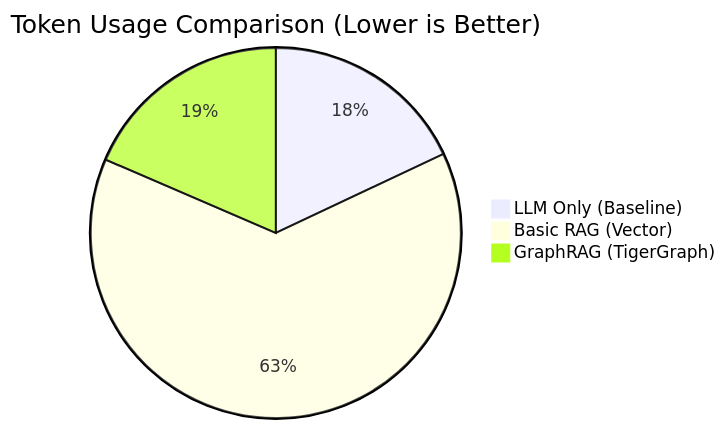
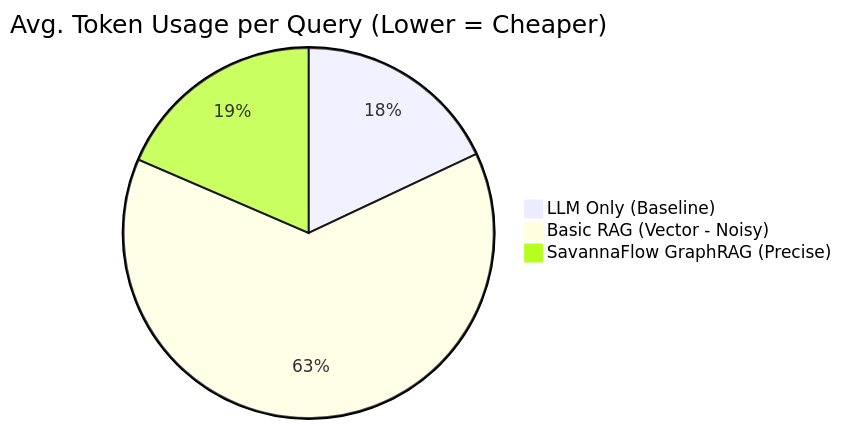
Before and after one commit to eres45/SavannaFlow: the first of 2 diagrams in README.md, drawn with Mermaid. The commit also changed other lines of this file, not shown here.

````diff
--- a/README.md
+++ b/README.md
@@ -36,6 +55,6 @@
 ```mermaid
-pie title Token Usage Comparison (Lower is Better)
+pie title Avg. Token Usage per Query (Lower = Cheaper)
     "LLM Only (Baseline)" : 340
-    "Basic RAG (Vector)" : 1200
-    "GraphRAG (TigerGraph)" : 350
+    "Basic RAG (Vector - Noisy)" : 1200
+    "SavannaFlow GraphRAG (Precise)" : 350
 ```
````
